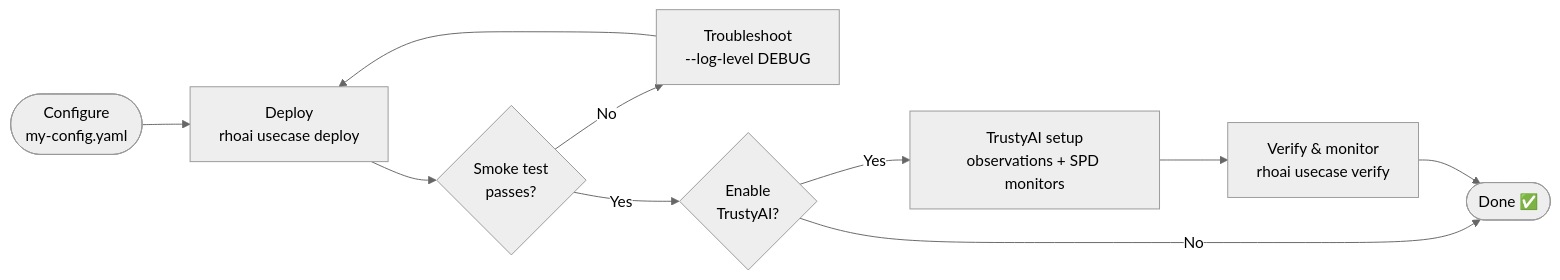
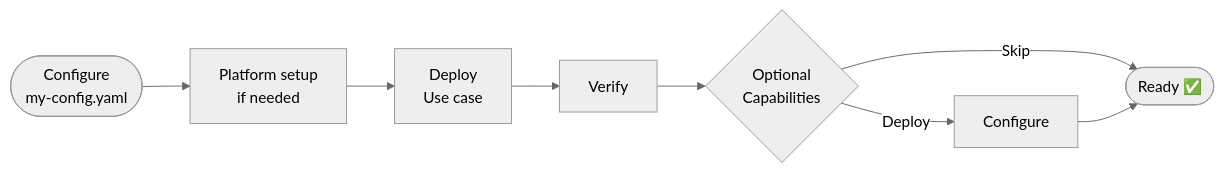
The diagram in openshift-ai-demos/automation/README.md (varad-ahirwadkar/ai-demos), drawn with Mermaid (neutral theme) before and after one commit. The commit also changed other lines of this file and 11 other files, not shown here.

````diff
--- a/openshift-ai-demos/automation/README.md
+++ b/openshift-ai-demos/automation/README.md
@@ -37,12 +38,10 @@
 ```mermaid
 flowchart LR
-    A([Configure<br/>my-config.yaml]) --> B[Deploy<br/>rhoai usecase deploy]
-    B --> C{Smoke test<br/>passes?}
-    C -->|No| T[Troubleshoot<br/>--log-level DEBUG]
-    T --> B
-    C -->|Yes| D{Enable<br/>TrustyAI?}
-    D -->|No| F([Done ✅])
-    D -->|Yes| E[TrustyAI setup<br/>observations + SPD monitors]
-    E --> V[Verify & monitor<br/>rhoai usecase verify]
-    V --> F
+    A([Configure<br/>my-config.yaml]) --> B[Platform setup<br/>if needed]
+    B --> C[Deploy<br/>Use case]
+    C --> D[Verify]
+    D --> E{Optional<br/>Capabilities}
+    E -->|Deploy| F[Configure]
+    E -->|Skip| G([Ready ✅])
+    F --> G
 ```
````
